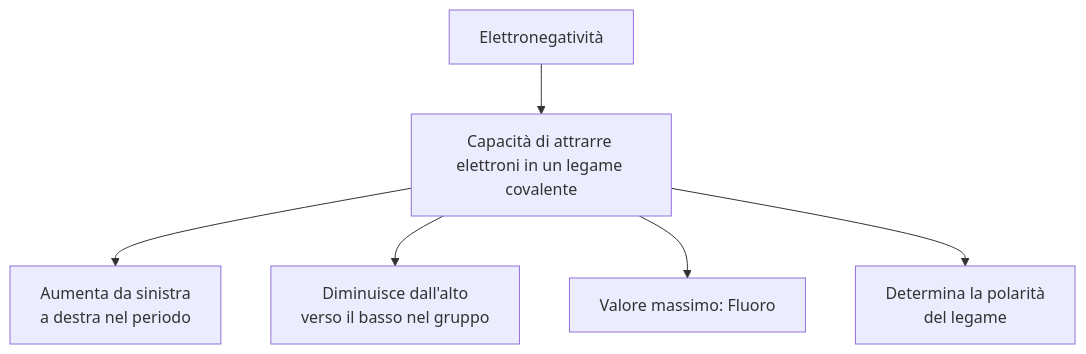
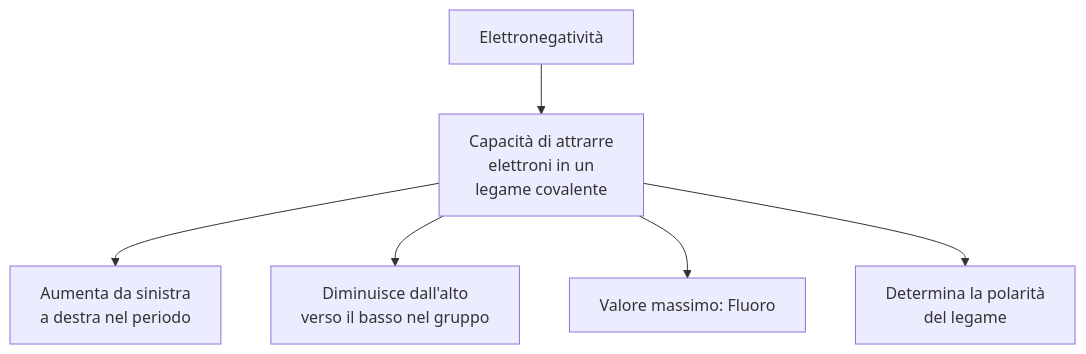
The first of 8 diagrams in Chimica/05-mappa-concettuale.md (didattica/CodeCompendium), drawn with Mermaid before and after one commit.

````diff
--- a/Chimica/05-mappa-concettuale.md
+++ b/Chimica/05-mappa-concettuale.md
@@ -13,8 +13,8 @@
 ```mermaid
 flowchart TD
-    A[Elettronegatività] --> B[Capacità di attrarre elettroni in un legame covalente]
+    A[Elettronegatività] --> B[Capacità di attrarre<br> elettroni in un <br>legame covalente]
     B --> C[Aumenta da sinistra<br> a destra nel periodo]
     B --> D[Diminuisce dall'alto<br> verso il basso nel gruppo]
     B --> E[Valore massimo: Fluoro]
     B --> F[Determina la polarità <br>del legame]
 ```
````
